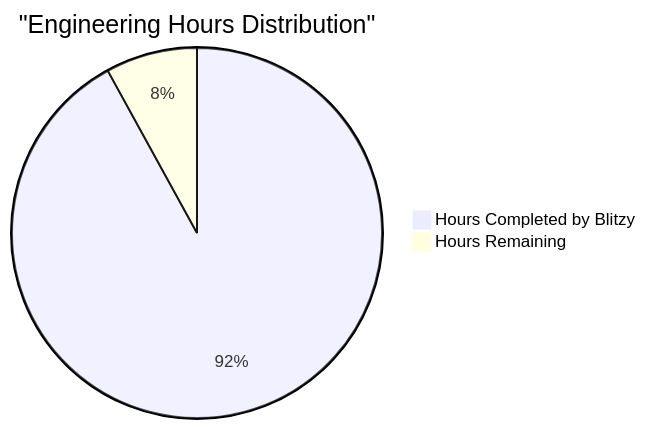
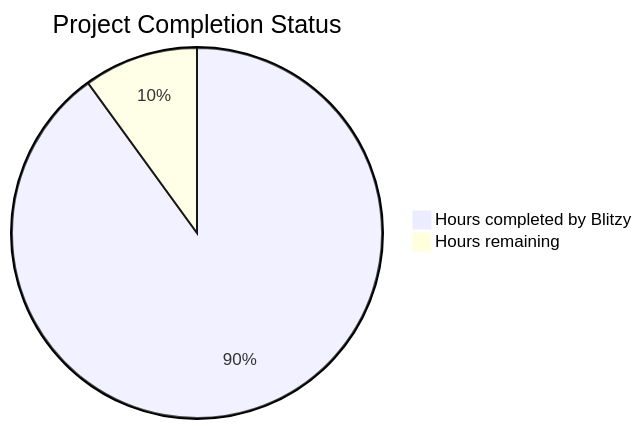
Before and after one commit to BhagyashreeBlitzy/ai-voice-call-rycqqy: the diagram in blitzy/documentation/Project Guide.md, drawn with Mermaid. The commit also changed other lines of this file, not shown here.

Commit message:
File: blitzy/documentation/Project Guide.md

````diff
--- a/blitzy/documentation/Project Guide.md
+++ b/blitzy/documentation/Project Guide.md
@@ -56,5 +16,5 @@
 ```mermaid
-pie title "Engineering Hours Distribution"
-    "Hours Completed by Blitzy" : 920
-    "Hours Remaining" : 80
+pie title Project Completion Status
+    "Hours completed by Blitzy" : 135
+    "Hours remaining" : 15
 ```
````
